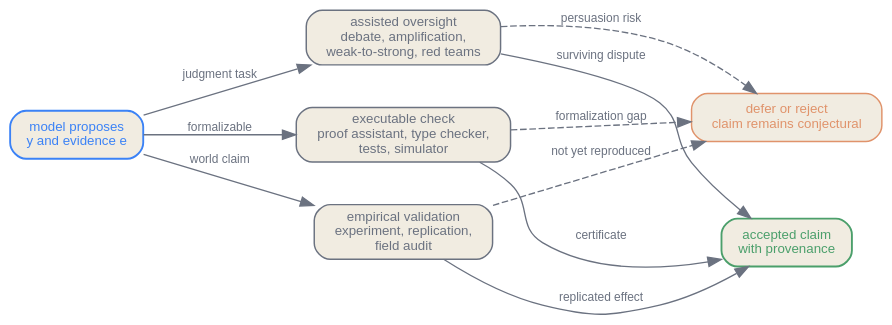
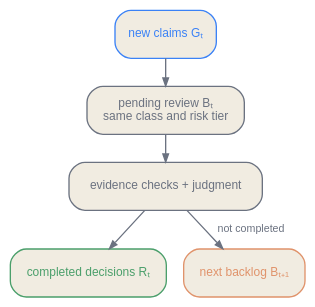
One commit to latere-ai/ai-as-an-infrastructure changed the second of 4 diagrams in en/frontiers/03-verification-frontier.qmd. Above: the diagram before and after it, drawn with Graphviz. The commit also changed other lines of this file and 3 other files, not shown here.

````diff
--- a/en/frontiers/03-verification-frontier.qmd
+++ b/en/frontiers/03-verification-frontier.qmd
@@ -88,28 +131,18 @@
 ```{dot}
-//| label: fig-verification-regimes
-//| fig-cap: "Three verification regimes. Executable checks are cheap where the claim can be formalized. Assisted oversight helps when judgment can be decomposed or challenged. Empirical validation is slower but necessary when the claim is about the world rather than a formal object."
+//| label: fig-verification-queue
+//| fig-cap: "Verification is a service boundary. New claims join a class-specific queue; completed decisions reduce it; unresolved work remains visible rather than becoming implicit acceptance."
 digraph {
   bgcolor="transparent";
-  rankdir=LR;
-  nodesep=0.45; ranksep=0.65;
-  node [shape=box, style="rounded,filled", fontname="Helvetica", fontsize=10, color="#6b7280", fontcolor="#6b7280", fillcolor="#f1ece1", penwidth=1.1];
-  edge [fontsize=9, fontname="Helvetica", color="#6b7280", fontcolor="#6b7280"];
-
-  gen [label="model proposes\ny and evidence e", color="#3b82f6", fontcolor="#3b82f6", penwidth=1.4];
-  formal [label="executable check\nproof assistant, type checker,\ntests, simulator"];
-  oversight [label="assisted oversight\ndebate, amplification,\nweak-to-strong, red teams"];
-  empirical [label="empirical validation\nexperiment, replication,\nfield audit"];
-  accept [label="accepted claim\nwith provenance", color="#4b9f6b", fontcolor="#4b9f6b", penwidth=1.4];
-  defer [label="defer or reject\nclaim remains conjectural", color="#e0936b", fontcolor="#e0936b"];
-
-  gen -> formal [label="formalizable"];
-  gen -> oversight [label="judgment task"];
-  gen -> empirical [label="world claim"];
-  formal -> accept [label="certificate"];
-  oversight -> accept [label="surviving dispute"];
-  empirical -> accept [label="replicated effect"];
-  formal -> defer [style=dashed, label="formalization gap"];
-  oversight -> defer [style=dashed, label="persuasion risk"];
-  empirical -> defer [style=dashed, label="not yet reproduced"];
+  rankdir=TB;
+  nodesep=0.18; ranksep=0.26;
+  node [shape=box, style="rounded,filled", fontname="Helvetica", fontsize=9, color="#6b7280", fontcolor="#6b7280", fillcolor="#f1ece1", margin="0.08,0.05"];
+  edge [fontname="Helvetica", fontsize=8, color="#6b7280", fontcolor="#6b7280", arrowsize=0.6];
+  arrivals [label="new claims Gₜ", color="#3b82f6", fontcolor="#3b82f6"];
+  backlog [label="pending review Bₜ\nsame class and risk tier"];
+  review [label="evidence checks + judgment"];
+  complete [label="completed decisions Rₜ", color="#4b9f6b", fontcolor="#4b9f6b"];
+  remain [label="next backlog Bₜ₊₁", color="#e0936b", fontcolor="#e0936b"];
+  arrivals -> backlog -> review -> complete;
+  review -> remain [label="not completed"];
 }
 ```
````
